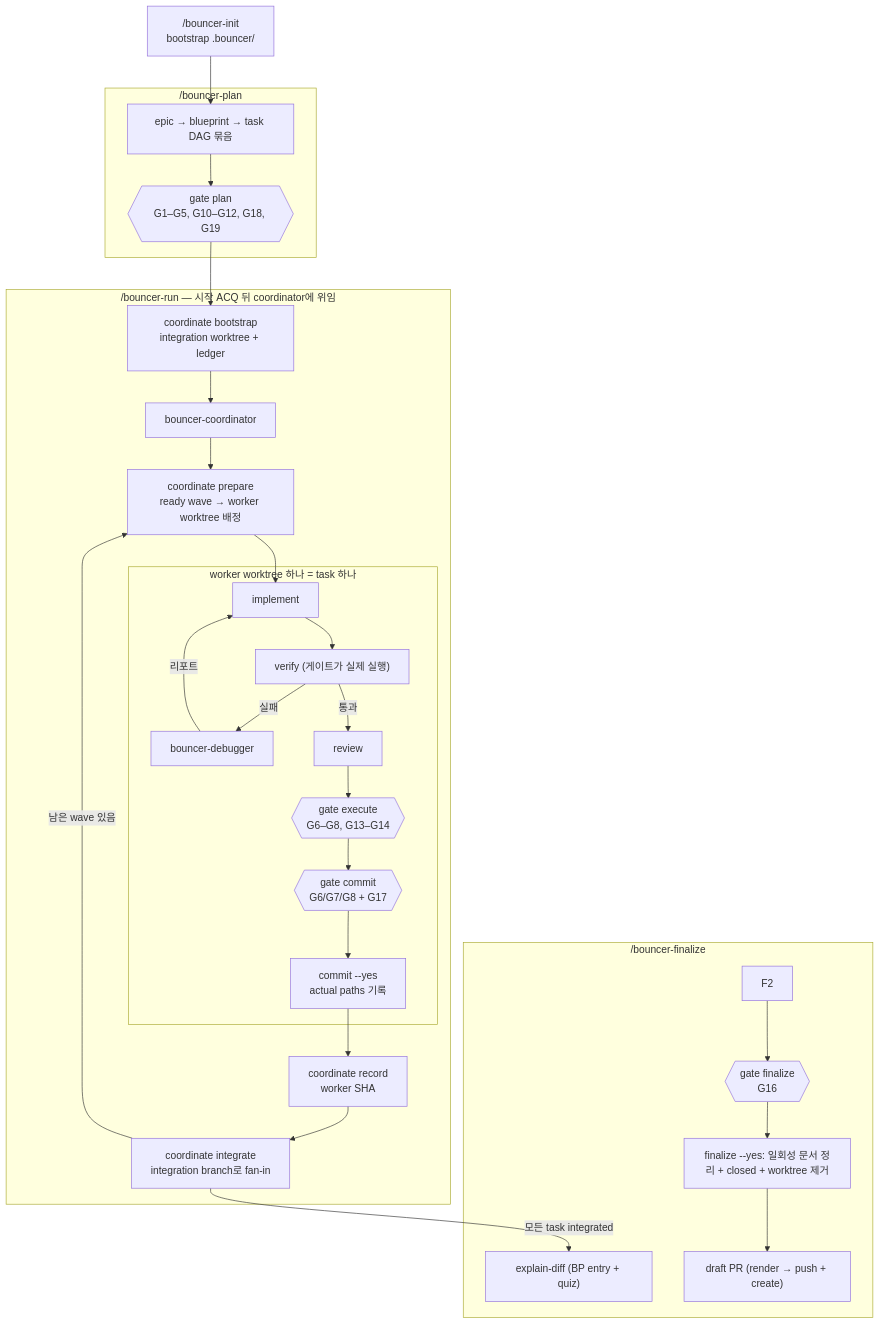
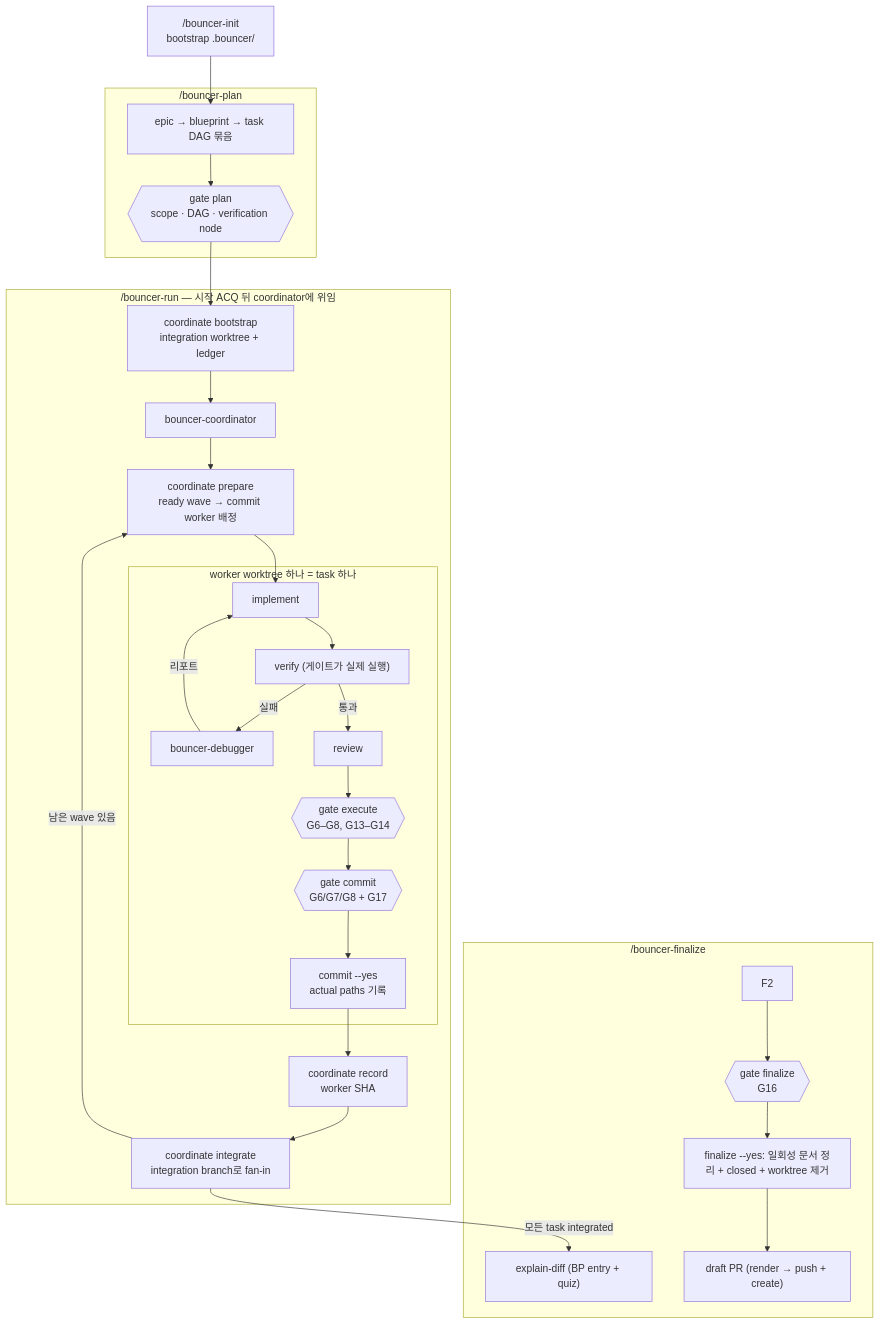
One commit to cheongfish/bouncer changed the diagram in docs/workflow.md. Above: the diagram before and after it, drawn with Mermaid. The commit also changed other lines of this file and 23 other files, not shown here.

````diff
--- a/docs/workflow.md
+++ b/docs/workflow.md
@@ -41,39 +42,39 @@
 ```mermaid
 flowchart TD
     BI["/bouncer-init<br/>bootstrap .bouncer/"]
 
     subgraph PLAN["/bouncer-plan"]
-        P1["epic → blueprint → task DAG 묶음"] --> P2{{"gate plan<br/>G1–G5, G10–G12, G18, G19"}}
+        P1["epic → blueprint → task DAG 묶음"] --> P2{{"gate plan<br/>scope · DAG · verification node"}}
     end
 
     subgraph RUN["/bouncer-run — 시작 ACQ 뒤 coordinator에 위임"]
         R1["coordinate bootstrap<br/>integration worktree + ledger"] --> R2["bouncer-coordinator"]
-        R2 --> R3["coordinate prepare<br/>ready wave → worker worktree 배정"]
+        R2 --> R3["coordinate prepare<br/>ready wave → commit worker 배정"]
 
         subgraph WORK["worker worktree 하나 = task 하나"]
             E1["implement"] --> E2["verify (게이트가 실제 실행)"]
             E2 -- 실패 --> E3["bouncer-debugger"]
             E3 -- 리포트 --> E1
             E2 -- 통과 --> E4["review"]
             E4 --> E5{{"gate execute<br/>G6–G8, G13–G14"}}
             E5 --> C1{{"gate commit<br/>G6/G7/G8 + G17"}}
             C1 --> C2["commit --yes<br/>actual paths 기록"]
         end
 
         R3 --> E1
         C2 --> R4["coordinate record<br/>worker SHA"]
         R4 --> R5["coordinate integrate<br/>integration branch로 fan-in"]
         R5 -- "남은 wave 있음" --> R3
     end
 
     subgraph FIN["/bouncer-finalize"]
         F1["explain-diff (BP entry + quiz)"]
         F2 --> F3{{"gate finalize<br/>G16"}}
         F3 --> F4["finalize --yes: 일회성 문서 정리 + closed + worktree 제거"]
         F4 --> F5["draft PR (render → push + create)"]
     end
 
     BI --> P1
     P2 --> R1
     R5 -- "모든 task integrated" --> F1
 ```
````
